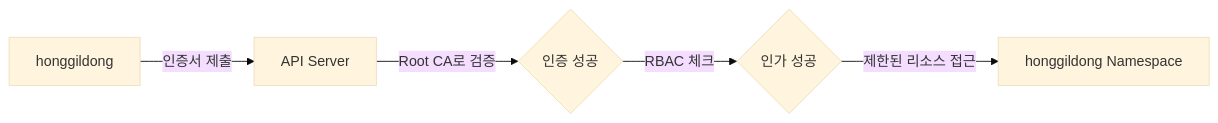
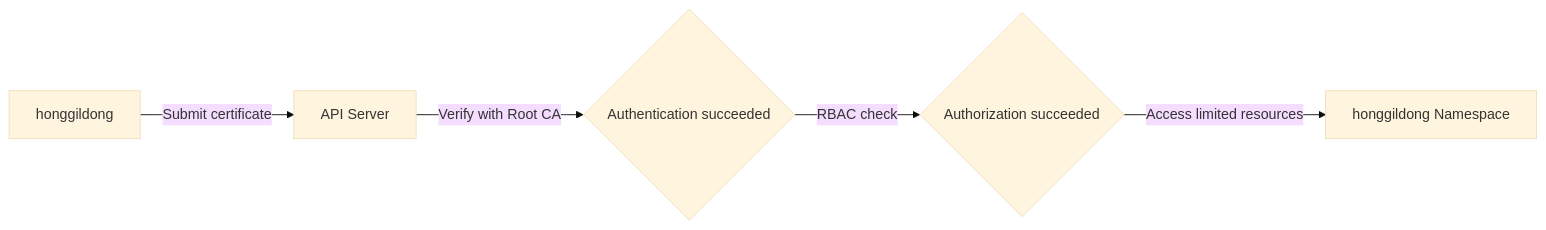
Before and after one commit to jeonck/k8s-adv: the diagram in content/security/04-implementation/31-lab-client-cert-auth.md, drawn with Mermaid (base theme). The commit also changed other lines of this file and 223 other files, not shown here.

````diff
--- a/content/security/04-implementation/31-lab-client-cert-auth.md
+++ b/content/security/04-implementation/31-lab-client-cert-auth.md
@@ -26,7 +26,7 @@
 ```mermaid
 graph LR
-    User[honggildong] -- "인증서 제출" --> API[API Server]
-    API -- "Root CA로 검증" --> AuthN{인증 성공}
-    AuthN -- "RBAC 체크" --> AuthZ{인가 성공}
-    AuthZ -- "제한된 리소스 접근" --> NS[honggildong Namespace]
+    User[honggildong] -- "Submit certificate" --> API[API Server]
+    API -- "Verify with Root CA" --> AuthN{Authentication succeeded}
+    AuthN -- "RBAC check" --> AuthZ{Authorization succeeded}
+    AuthZ -- "Access limited resources" --> NS[honggildong Namespace]
 ```
````
